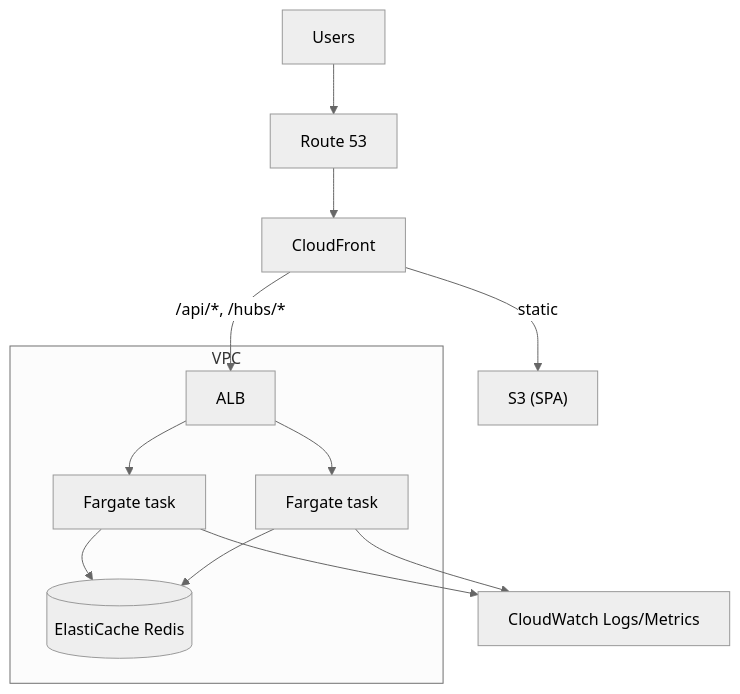
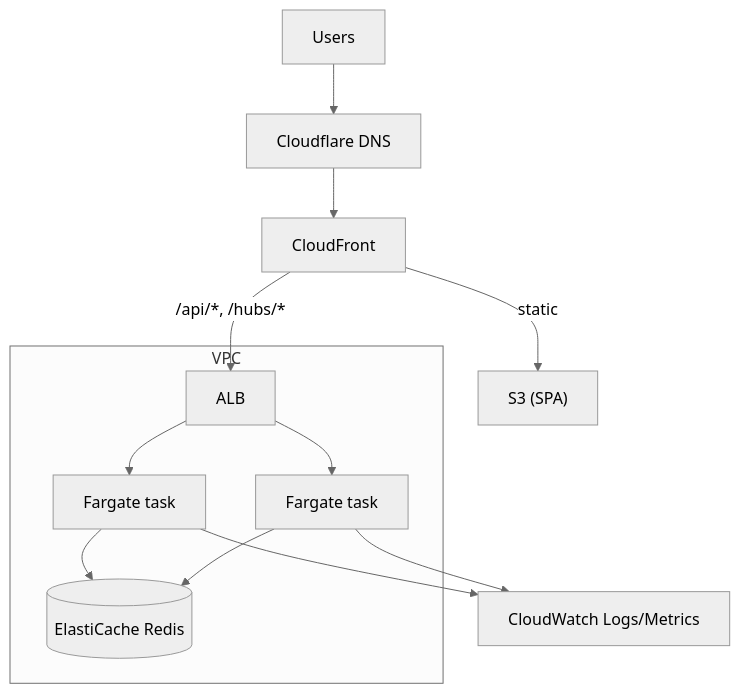
One commit to icemanjr/SyncBingo changed the diagram in docs/07-infrastructure.md. Above: the diagram before and after it, drawn with Mermaid (neutral theme). The commit also changed other lines of this file and 13 other files, not shown here.

````diff
--- a/docs/07-infrastructure.md
+++ b/docs/07-infrastructure.md
@@ -21,13 +33,13 @@
 ```mermaid
 flowchart TB
-  U["Users"] --> R53["Route 53"]
-  R53 --> CF["CloudFront"]
+  U["Users"] --> DNS["Cloudflare DNS"]
+  DNS --> CF["CloudFront"]
   CF -- "static" --> S3["S3 (SPA)"]
   CF -- "/api/*, /hubs/*" --> ALB["ALB"]
   subgraph VPC
     ALB --> T1["Fargate task"]
     ALB --> T2["Fargate task"]
     T1 & T2 --> EC[("ElastiCache Redis")]
   end
   T1 & T2 --> CW["CloudWatch Logs/Metrics"]
 ```
````
